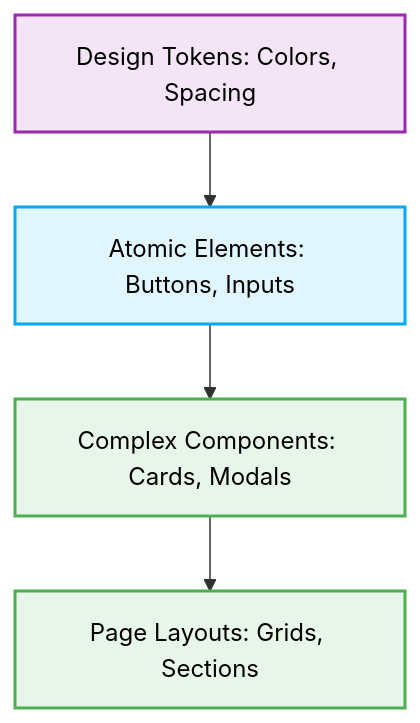
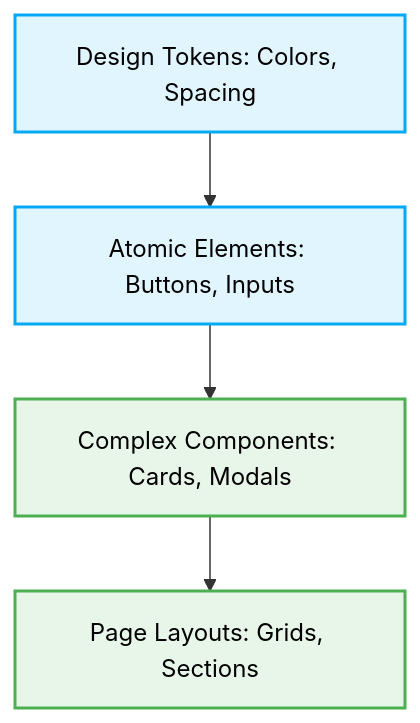
The diagram in frontend/design-ui/component-architecture.md (beginwebdev2002/best-practise), drawn with Mermaid before and after one commit. The commit also changed other lines of this file and 4 other files, not shown here.

````diff
--- a/frontend/design-ui/component-architecture.md
+++ b/frontend/design-ui/component-architecture.md
@@ -31,16 +42,14 @@
 ```mermaid
 graph TD
     Tokens[Design Tokens: Colors, Spacing] --> Elements[Atomic Elements: Buttons, Inputs]
     Elements --> Components[Complex Components: Cards, Modals]
     Components --> Layouts[Page Layouts: Grids, Sections]
 
     %% Added Design Token Styles for Mermaid Diagrams
     classDef default fill:#e1f5fe,stroke:#03a9f4,stroke-width:2px,color:#000;
     classDef component fill:#e8f5e9,stroke:#4caf50,stroke-width:2px,color:#000;
-    classDef layout fill:#f3e5f5,stroke:#9c27b0,stroke-width:2px,color:#000;
-
-    class Tokens layout;
+    class Tokens default;
     class Elements default;
     class Components component;
     class Layouts component;
 ```
````
